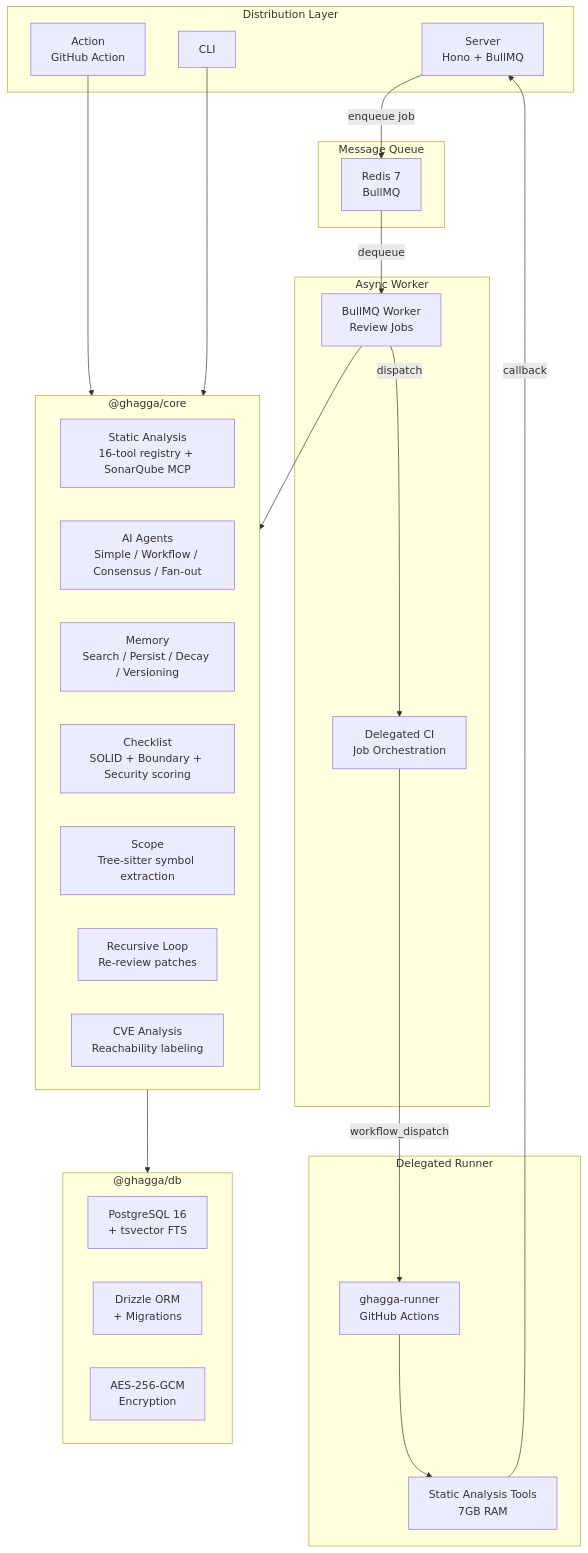
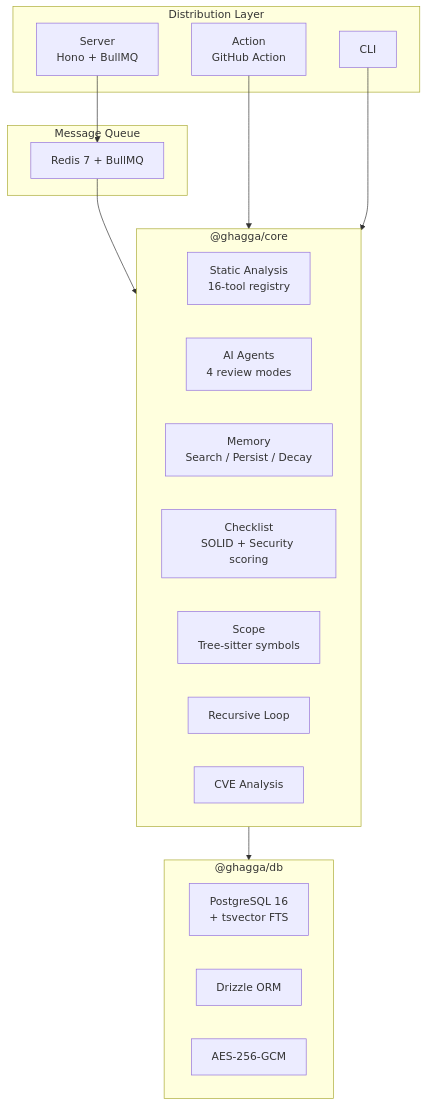
Before and after one commit to JNZader/ghagga: the diagram in README.md, drawn with Mermaid. The commit also changed other lines of this file, not shown here.

````diff
--- a/README.md
+++ b/README.md
@@ -262,50 +130,32 @@
 ```mermaid
 graph TB
   subgraph Distribution["Distribution Layer"]
     Server["Server<br/>Hono + BullMQ"]
     Action["Action<br/>GitHub Action"]
     CLI["CLI"]
   end
 
-  subgraph Worker["Async Worker"]
-    BullMQ["BullMQ Worker<br/>Review Jobs"]
-    DelegatedCI["Delegated CI<br/>Job Orchestration"]
-  end
-
-  subgraph Runner["Delegated Runner"]
-    RunnerRepo["ghagga-runner<br/>GitHub Actions"]
-    RunnerTools["Static Analysis Tools<br/>7GB RAM"]
-  end
-
   subgraph Core["@ghagga/core"]
-    SA["Static Analysis<br/>16-tool registry + SonarQube MCP"]
-    Agents["AI Agents<br/>Simple / Workflow / Consensus / Fan-out"]
-    Memory["Memory<br/>Search / Persist / Decay / Versioning"]
-    Checklist["Checklist<br/>SOLID + Boundary + Security scoring"]
-    Scope["Scope<br/>Tree-sitter symbol extraction"]
-    Recursive["Recursive Loop<br/>Re-review patches"]
-    Exploitability["CVE Analysis<br/>Reachability labeling"]
+    SA["Static Analysis<br/>16-tool registry"]
+    Agents["AI Agents<br/>4 review modes"]
+    Memory["Memory<br/>Search / Persist / Decay"]
+    Checklist["Checklist<br/>SOLID + Security scoring"]
+    Scope["Scope<br/>Tree-sitter symbols"]
+    Recursive["Recursive Loop"]
+    Exploitability["CVE Analysis"]
   end
 
   subgraph DB["@ghagga/db"]
     PG["PostgreSQL 16<br/>+ tsvector FTS"]
-    Drizzle["Drizzle ORM<br/>+ Migrations"]
-    Crypto["AES-256-GCM<br/>Encryption"]
+    Drizzle["Drizzle ORM"]
+    Crypto["AES-256-GCM"]
   end
 
   subgraph Queue["Message Queue"]
-    Redis["Redis 7<br/>BullMQ"]
+    Redis["Redis 7 + BullMQ"]
   end
 
-  Server -- "enqueue job" --> Redis
-  Redis -- "dequeue" --> BullMQ
-  BullMQ --> Core
-  BullMQ -- "dispatch" --> DelegatedCI
-  DelegatedCI -- "workflow_dispatch" --> RunnerRepo
-  RunnerRepo --> RunnerTools
-  RunnerTools -- "callback" --> Server
-
+  Server --> Redis --> Core --> DB
   Action --> Core
   CLI --> Core
-  Core --> DB
 ```
````
